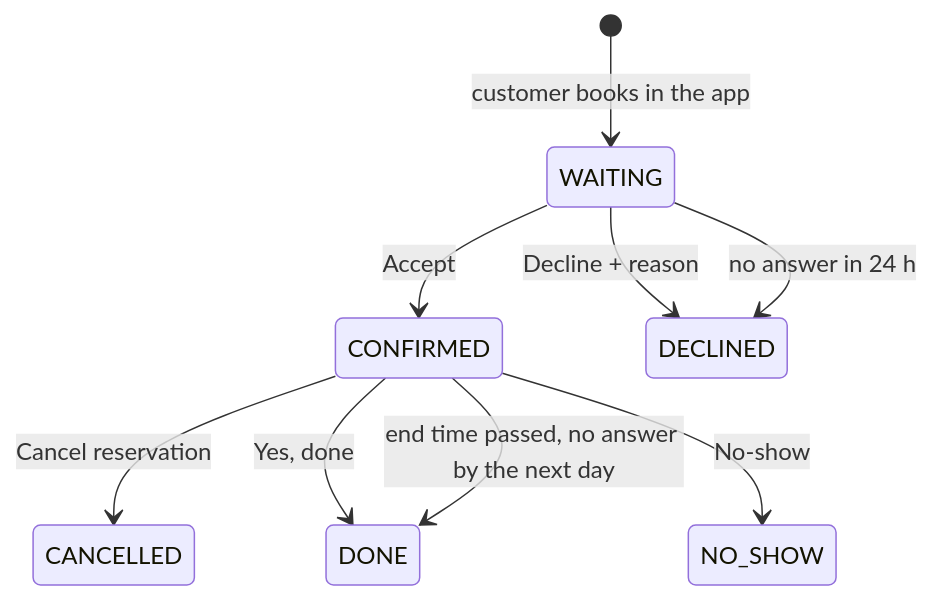
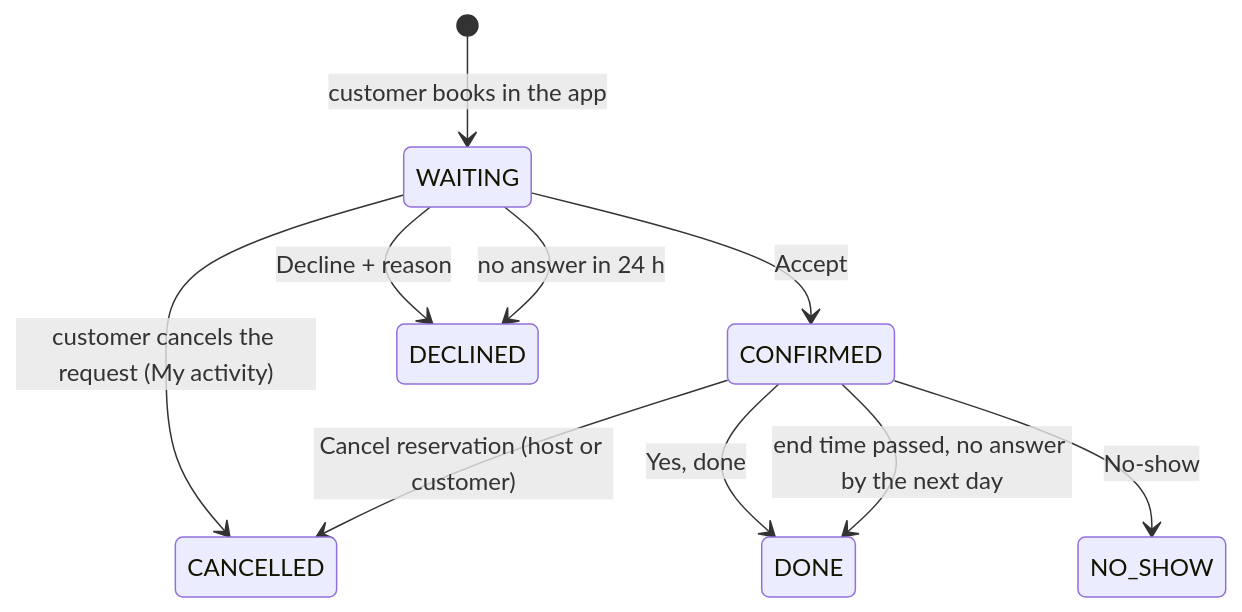
The second of 2 diagrams in design-handoff/docs/14-reservations.md (VladRachita/merg-harness-test), drawn with Mermaid before and after one commit. The commit also changed other lines of this file and 48 other files, not shown here.

First line of the commit message:
Add the customer My activity page to the design handoff

````diff
--- a/design-handoff/docs/14-reservations.md
+++ b/design-handoff/docs/14-reservations.md
@@ -47,11 +47,12 @@
 ```mermaid
 stateDiagram-v2
   [*] --> WAITING: customer books in the app
   WAITING --> CONFIRMED: Accept
   WAITING --> DECLINED: Decline + reason
   WAITING --> DECLINED: no answer in 24 h
-  CONFIRMED --> CANCELLED: Cancel reservation
+  WAITING --> CANCELLED: customer cancels the request (My activity)
+  CONFIRMED --> CANCELLED: Cancel reservation (host or customer)
   CONFIRMED --> DONE: Yes, done
   CONFIRMED --> DONE: end time passed, no answer by the next day
   CONFIRMED --> NO_SHOW: No-show
 ```
````
